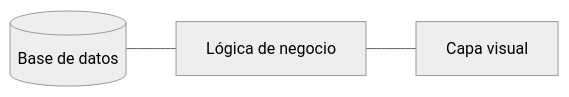
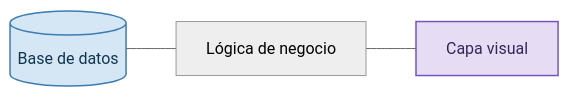
One commit to IraitzM/ingenieria-datos changed the diagram in content/sistemas/rdbms_transaccional.qmd. Above: the diagram before and after it, drawn with Mermaid (neutral theme). The commit also changed 28 other files, not shown here.

````diff
--- a/content/sistemas/rdbms_transaccional.qmd
+++ b/content/sistemas/rdbms_transaccional.qmd
@@ -6,9 +6,15 @@
 ```{mermaid}
 flowchart LR
     df[(Base de datos)]
     bend[Lógica de negocio]
     fend[Capa visual]
 
     df --- bend
     bend --- fend
+
+    %% Paleta por bloque del libro
+    classDef almacen fill:#d5e6f5,stroke:#3d7cb0,stroke-width:1.5px,color:#12354e
+    classDef explotacion fill:#e6ddf5,stroke:#7457bd,stroke-width:1.5px,color:#332757
+    class df almacen
+    class fend explotacion
 ```
````
